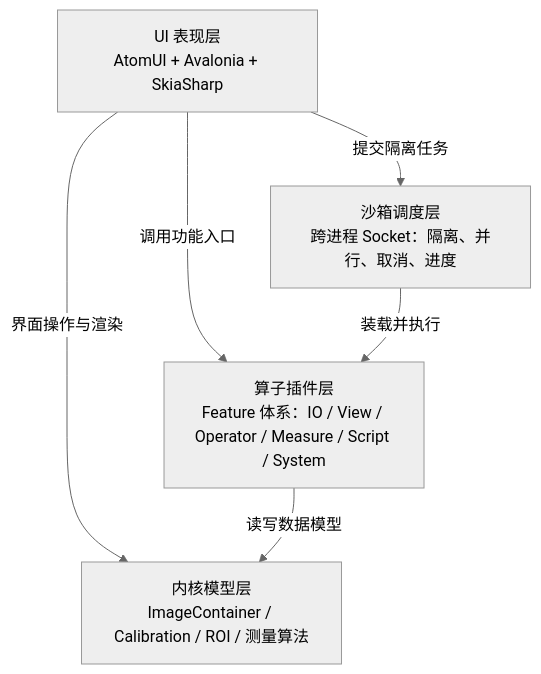
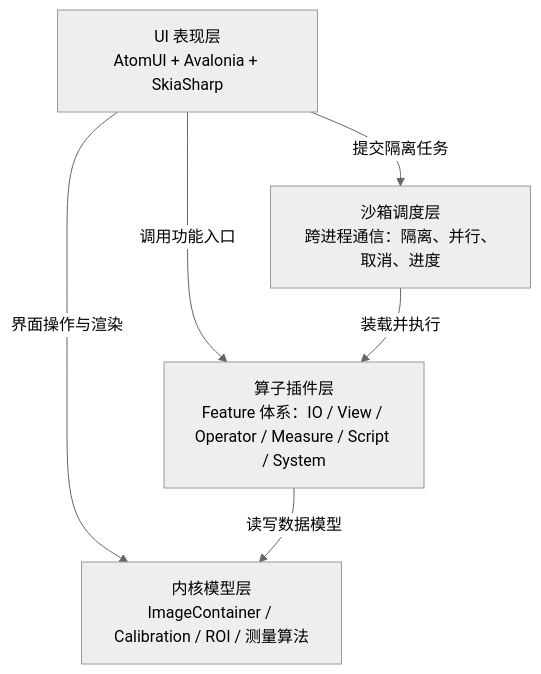
Before and after one commit to xknife-erian/ImageLyre: the second of 3 diagrams in docs/spec/baseline/startup-requirements.md, drawn with Mermaid (neutral theme). The commit also changed other lines of this file and 1 other file, not shown here.

````diff
--- a/docs/spec/baseline/startup-requirements.md
+++ b/docs/spec/baseline/startup-requirements.md
@@ -106,13 +108,13 @@
 ```mermaid
 flowchart TB
     UI["UI 表现层<br/>AtomUI + Avalonia + SkiaSharp"]
     KERN["内核模型层<br/>ImageContainer / Calibration / ROI / 测量算法"]
     PLUG["算子插件层<br/>Feature 体系：IO / View / Operator / Measure / Script / System"]
-    SBOX["沙箱调度层<br/>跨进程 Socket：隔离、并行、取消、进度"]
+    SBOX["沙箱调度层<br/>跨进程通信：隔离、并行、取消、进度"]
 
     UI -->|界面操作与渲染| KERN
     UI -->|调用功能入口| PLUG
     PLUG -->|读写数据模型| KERN
     UI -->|提交隔离任务| SBOX
     SBOX -->|装载并执行| PLUG
 ```
````
